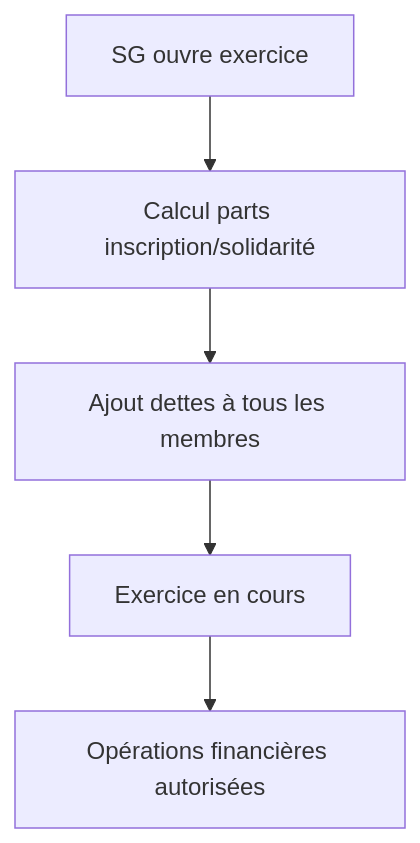
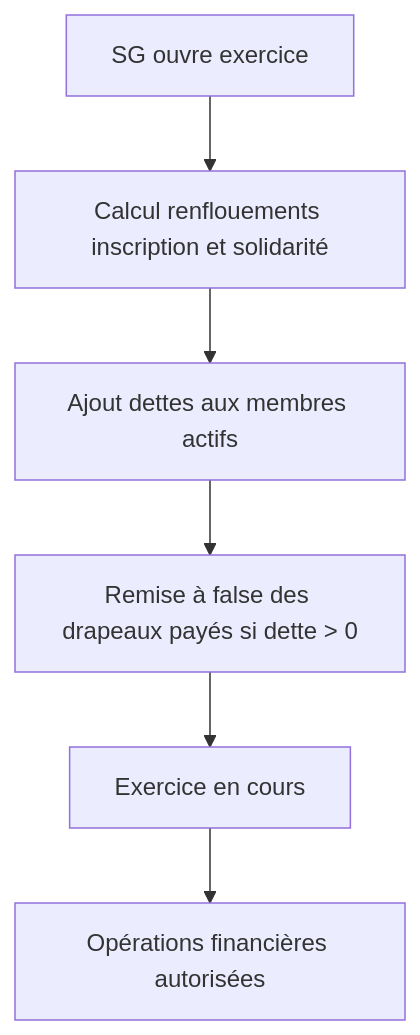
Before and after one commit to NehemieTuring/Mutuelle4GI: the fifth of 5 diagrams in FONCTIONNEMENT_MUTUELLE.md, drawn with Mermaid. The commit also changed other lines of this file and 13 other files, not shown here.

First line of the commit message:
feat: renflouements d'exercice et import Excel du bilan

````diff
--- a/FONCTIONNEMENT_MUTUELLE.md
+++ b/FONCTIONNEMENT_MUTUELLE.md
@@ -471,7 +649,8 @@
 ```mermaid
 flowchart TD
-    O[SG ouvre exercice] --> C[Calcul parts inscription/solidarité]
-    C --> D[Ajout dettes à tous les membres]
-    D --> E[Exercice en cours]
-    E --> F[Opérations financières autorisées]
+    O[SG ouvre exercice] --> C[Calcul renflouements inscription et solidarité]
+    C --> D[Ajout dettes aux membres actifs]
+    D --> E[Remise à false des drapeaux payés si dette > 0]
+    E --> F[Exercice en cours]
+    F --> G[Opérations financières autorisées]
 ```
````
